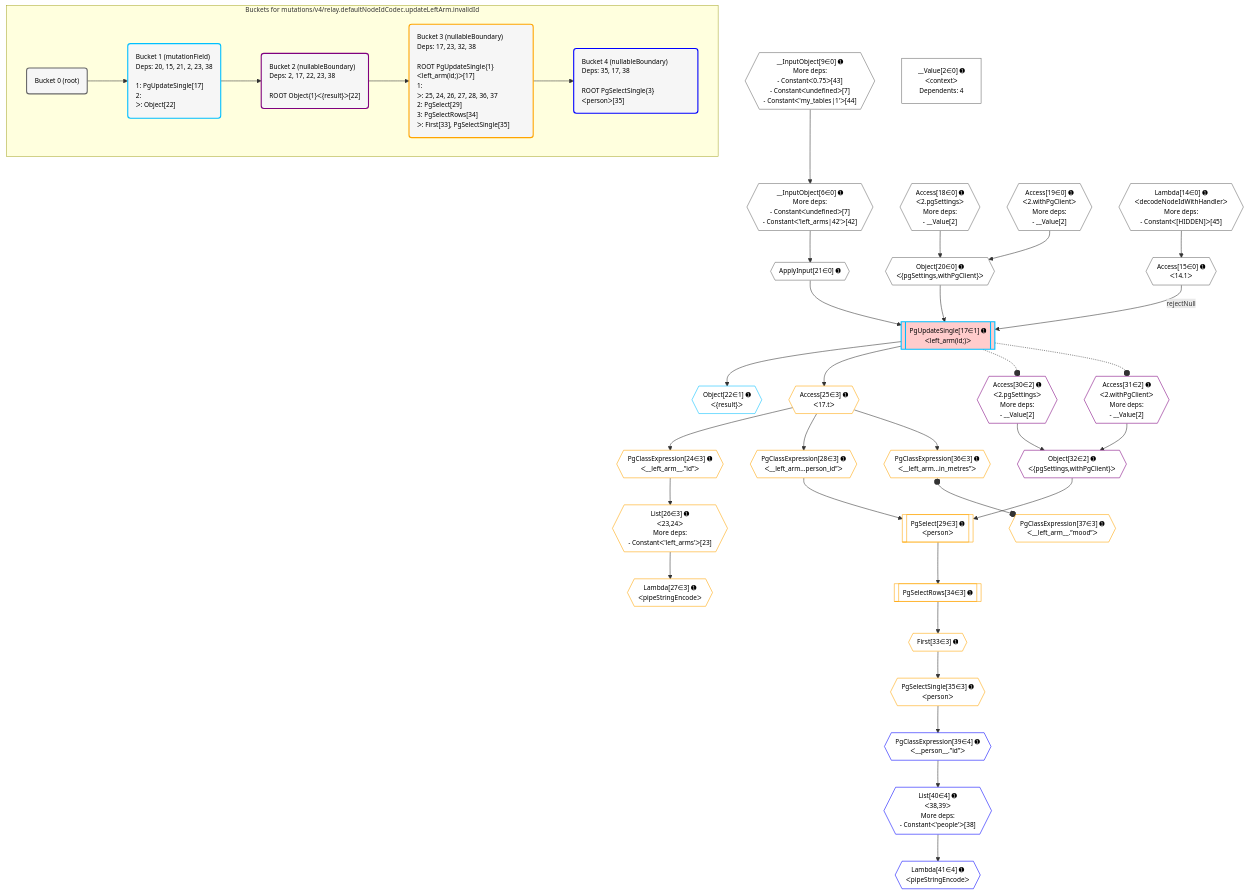
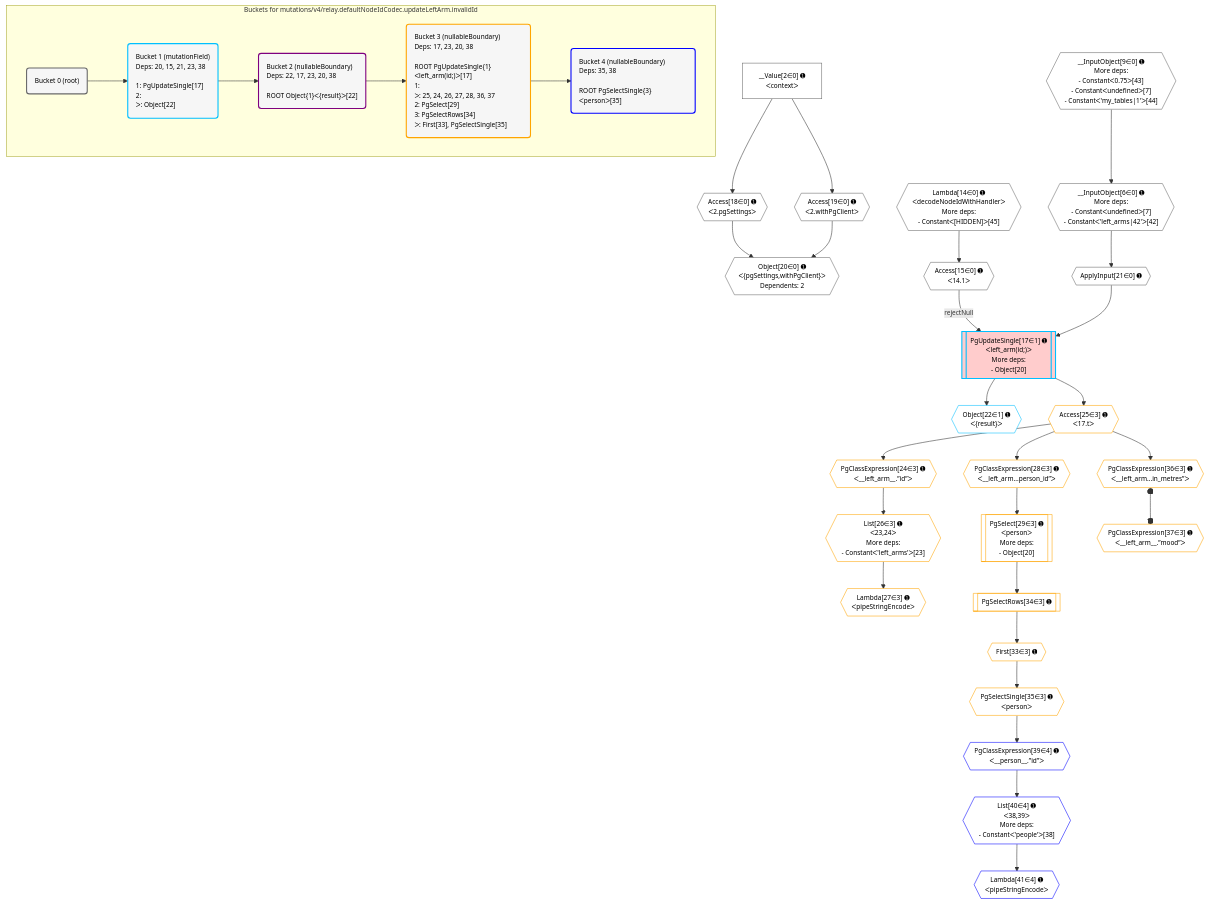
One commit to graphile/crystal changed the diagram in postgraphile/postgraphile/__tests__/mutations/v4/relay.defaultNodeIdCodec.updateLeftArm.invalidId.mermaid. Above: the diagram before and after it, drawn with Mermaid. The commit also changed 61 other files, not shown here.

Commit message:
Update mermaid diagrams

```diff
--- a/postgraphile/postgraphile/__tests__/mutations/v4/relay.defaultNodeIdCodec.updateLeftArm.invalidId.mermaid
+++ b/postgraphile/postgraphile/__tests__/mutations/v4/relay.defaultNodeIdCodec.updateLeftArm.invalidId.mermaid
@@ -1,88 +1,82 @@
 %%{init: {'themeVariables': { 'fontSize': '12px'}}}%%
 graph TD
     classDef path fill:#eee,stroke:#000,color:#000
     classDef plan fill:#fff,stroke-width:1px,color:#000
     classDef itemplan fill:#fff,stroke-width:2px,color:#000
     classDef unbatchedplan fill:#dff,stroke-width:1px,color:#000
     classDef sideeffectplan fill:#fcc,stroke-width:2px,color:#000
     classDef bucket fill:#f6f6f6,color:#000,stroke-width:2px,text-align:left
 
     subgraph "Buckets for mutations/v4/relay.defaultNodeIdCodec.updateLeftArm.invalidId"
     Bucket0("Bucket 0 (root)"):::bucket
-    Bucket1("Bucket 1 (mutationField)<br />Deps: 20, 15, 21, 2, 23, 38<br /><br />1: PgUpdateSingle[17]<br />2: <br />ᐳ: Object[22]"):::bucket
-    Bucket2("Bucket 2 (nullableBoundary)<br />Deps: 2, 17, 22, 23, 38<br /><br />ROOT Object{1}ᐸ{result}ᐳ[22]"):::bucket
-    Bucket3("Bucket 3 (nullableBoundary)<br />Deps: 17, 23, 32, 38<br /><br />ROOT PgUpdateSingle{1}ᐸleft_arm(id;)ᐳ[17]<br />1: <br />ᐳ: 25, 24, 26, 27, 28, 36, 37<br />2: PgSelect[29]<br />3: PgSelectRows[34]<br />ᐳ: First[33], PgSelectSingle[35]"):::bucket
-    Bucket4("Bucket 4 (nullableBoundary)<br />Deps: 35, 17, 38<br /><br />ROOT PgSelectSingle{3}ᐸpersonᐳ[35]"):::bucket
+    Bucket1("Bucket 1 (mutationField)<br />Deps: 20, 15, 21, 23, 38<br /><br />1: PgUpdateSingle[17]<br />2: <br />ᐳ: Object[22]"):::bucket
+    Bucket2("Bucket 2 (nullableBoundary)<br />Deps: 22, 17, 23, 20, 38<br /><br />ROOT Object{1}ᐸ{result}ᐳ[22]"):::bucket
+    Bucket3("Bucket 3 (nullableBoundary)<br />Deps: 17, 23, 20, 38<br /><br />ROOT PgUpdateSingle{1}ᐸleft_arm(id;)ᐳ[17]<br />1: <br />ᐳ: 25, 24, 26, 27, 28, 36, 37<br />2: PgSelect[29]<br />3: PgSelectRows[34]<br />ᐳ: First[33], PgSelectSingle[35]"):::bucket
+    Bucket4("Bucket 4 (nullableBoundary)<br />Deps: 35, 38<br /><br />ROOT PgSelectSingle{3}ᐸpersonᐳ[35]"):::bucket
     end
     Bucket0 --> Bucket1
     Bucket1 --> Bucket2
     Bucket2 --> Bucket3
     Bucket3 --> Bucket4
 
     %% plan dependencies
     __InputObject6{{"__InputObject[6∈0] ➊<br />More deps:<br />- Constantᐸundefinedᐳ[7]<br />- Constantᐸ'left_arms|42'ᐳ[42]"}}:::plan
     __InputObject9{{"__InputObject[9∈0] ➊<br />More deps:<br />- Constantᐸ0.75ᐳ[43]<br />- Constantᐸundefinedᐳ[7]<br />- Constantᐸ'my_tables|1'ᐳ[44]"}}:::plan
     __InputObject9 --> __InputObject6
-    Object20{{"Object[20∈0] ➊<br />ᐸ{pgSettings,withPgClient}ᐳ"}}:::plan
-    Access18{{"Access[18∈0] ➊<br />ᐸ2.pgSettingsᐳ<br />More deps:<br />- __Value[2]"}}:::plan
-    Access19{{"Access[19∈0] ➊<br />ᐸ2.withPgClientᐳ<br />More deps:<br />- __Value[2]"}}:::plan
+    Object20{{"Object[20∈0] ➊<br />ᐸ{pgSettings,withPgClient}ᐳ<br />Dependents: 2"}}:::plan
+    Access18{{"Access[18∈0] ➊<br />ᐸ2.pgSettingsᐳ"}}:::plan
+    Access19{{"Access[19∈0] ➊<br />ᐸ2.withPgClientᐳ"}}:::plan
     Access18 & Access19 --> Object20
     Lambda14{{"Lambda[14∈0] ➊<br />ᐸdecodeNodeIdWithHandlerᐳ<br />More deps:<br />- Constantᐸ[HIDDEN]ᐳ[45]"}}:::plan
     Access15{{"Access[15∈0] ➊<br />ᐸ14.1ᐳ"}}:::plan
     Lambda14 --> Access15
+    __Value2["__Value[2∈0] ➊<br />ᐸcontextᐳ"]:::plan
+    __Value2 --> Access18
+    __Value2 --> Access19
     ApplyInput21{{"ApplyInput[21∈0] ➊"}}:::plan
     __InputObject6 --> ApplyInput21
-    __Value2["__Value[2∈0] ➊<br />ᐸcontextᐳ<br />Dependents: 4"]:::plan
-    PgUpdateSingle17[["PgUpdateSingle[17∈1] ➊<br />ᐸleft_arm(id;)ᐳ"]]:::sideeffectplan
+    PgUpdateSingle17[["PgUpdateSingle[17∈1] ➊<br />ᐸleft_arm(id;)ᐳ<br />More deps:<br />- Object[20]"]]:::sideeffectplan
     Access15 -->|rejectNull| PgUpdateSingle17
-    Object20 & ApplyInput21 --> PgUpdateSingle17
+    ApplyInput21 --> PgUpdateSingle17
     Object22{{"Object[22∈1] ➊<br />ᐸ{result}ᐳ"}}:::plan
     PgUpdateSingle17 --> Object22
-    Object32{{"Object[32∈2] ➊<br />ᐸ{pgSettings,withPgClient}ᐳ"}}:::plan
-    Access30{{"Access[30∈2] ➊<br />ᐸ2.pgSettingsᐳ<br />More deps:<br />- __Value[2]"}}:::plan
-    Access31{{"Access[31∈2] ➊<br />ᐸ2.withPgClientᐳ<br />More deps:<br />- __Value[2]"}}:::plan
-    Access30 & Access31 --> Object32
     List26{{"List[26∈3] ➊<br />ᐸ23,24ᐳ<br />More deps:<br />- Constantᐸ'left_arms'ᐳ[23]"}}:::plan
     PgClassExpression24{{"PgClassExpression[24∈3] ➊<br />ᐸ__left_arm__.”id”ᐳ"}}:::plan
     PgClassExpression24 --> List26
-    PgSelect29[["PgSelect[29∈3] ➊<br />ᐸpersonᐳ"]]:::plan
+    PgSelect29[["PgSelect[29∈3] ➊<br />ᐸpersonᐳ<br />More deps:<br />- Object[20]"]]:::plan
     PgClassExpression28{{"PgClassExpression[28∈3] ➊<br />ᐸ__left_arm...person_id”ᐳ"}}:::plan
-    Object32 & PgClassExpression28 --> PgSelect29
+    PgClassExpression28 --> PgSelect29
     Access25{{"Access[25∈3] ➊<br />ᐸ17.tᐳ"}}:::plan
     Access25 --> PgClassExpression24
     PgUpdateSingle17 --> Access25
     Lambda27{{"Lambda[27∈3] ➊<br />ᐸpipeStringEncodeᐳ"}}:::plan
     List26 --> Lambda27
     Access25 --> PgClassExpression28
     First33{{"First[33∈3] ➊"}}:::plan
     PgSelectRows34[["PgSelectRows[34∈3] ➊"]]:::plan
     PgSelectRows34 --> First33
     PgSelect29 --> PgSelectRows34
     PgSelectSingle35{{"PgSelectSingle[35∈3] ➊<br />ᐸpersonᐳ"}}:::plan
     First33 --> PgSelectSingle35
     PgClassExpression36{{"PgClassExpression[36∈3] ➊<br />ᐸ__left_arm...in_metres”ᐳ"}}:::plan
     Access25 --> PgClassExpression36
     PgClassExpression37{{"PgClassExpression[37∈3] ➊<br />ᐸ__left_arm__.”mood”ᐳ"}}:::plan
     PgClassExpression36 o--o PgClassExpression37
     List40{{"List[40∈4] ➊<br />ᐸ38,39ᐳ<br />More deps:<br />- Constantᐸ'people'ᐳ[38]"}}:::plan
     PgClassExpression39{{"PgClassExpression[39∈4] ➊<br />ᐸ__person__.”id”ᐳ"}}:::plan
     PgClassExpression39 --> List40
     PgSelectSingle35 --> PgClassExpression39
     Lambda41{{"Lambda[41∈4] ➊<br />ᐸpipeStringEncodeᐳ"}}:::plan
     List40 --> Lambda41
 
     %% define steps
     classDef bucket0 stroke:#696969
     class Bucket0,__Value2,__InputObject6,__InputObject9,Lambda14,Access15,Access18,Access19,Object20,ApplyInput21 bucket0
     classDef bucket1 stroke:#00bfff
     class Bucket1,PgUpdateSingle17,Object22 bucket1
     classDef bucket2 stroke:#7f007f
-    class Bucket2,Access30,Access31,Object32 bucket2
+    class Bucket2 bucket2
     classDef bucket3 stroke:#ffa500
     class Bucket3,PgClassExpression24,Access25,List26,Lambda27,PgClassExpression28,PgSelect29,First33,PgSelectRows34,PgSelectSingle35,PgClassExpression36,PgClassExpression37 bucket3
     classDef bucket4 stroke:#0000ff
     class Bucket4,PgClassExpression39,List40,Lambda41 bucket4
-
-    %% implicit side effects
-    PgUpdateSingle17 -.-o Access30
-    PgUpdateSingle17 -.-o Access31
```
